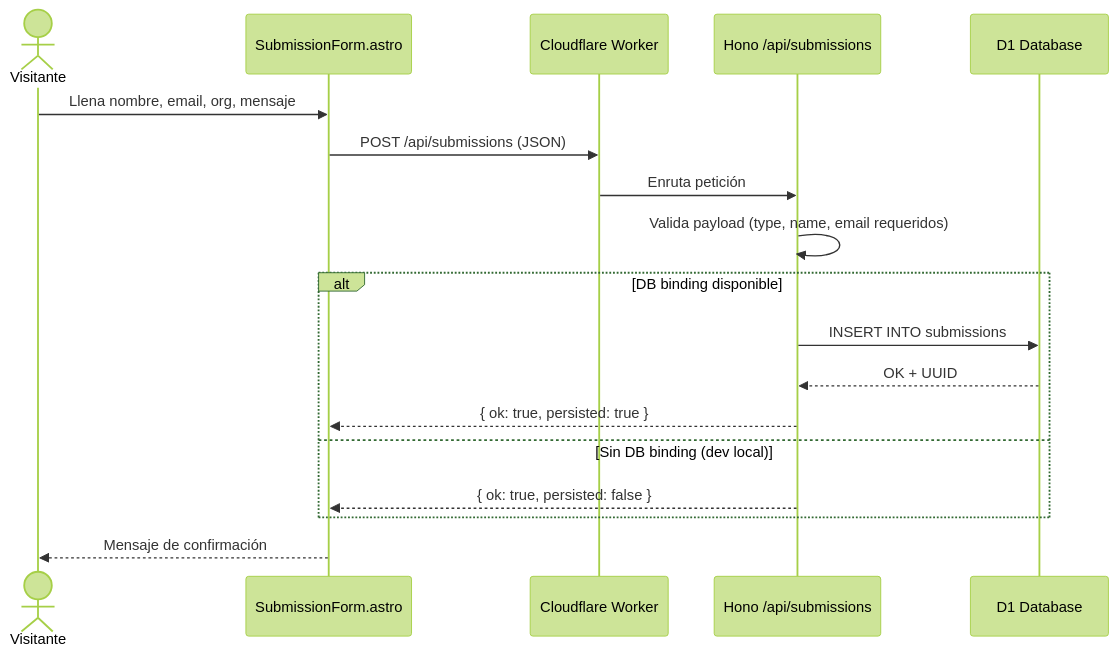
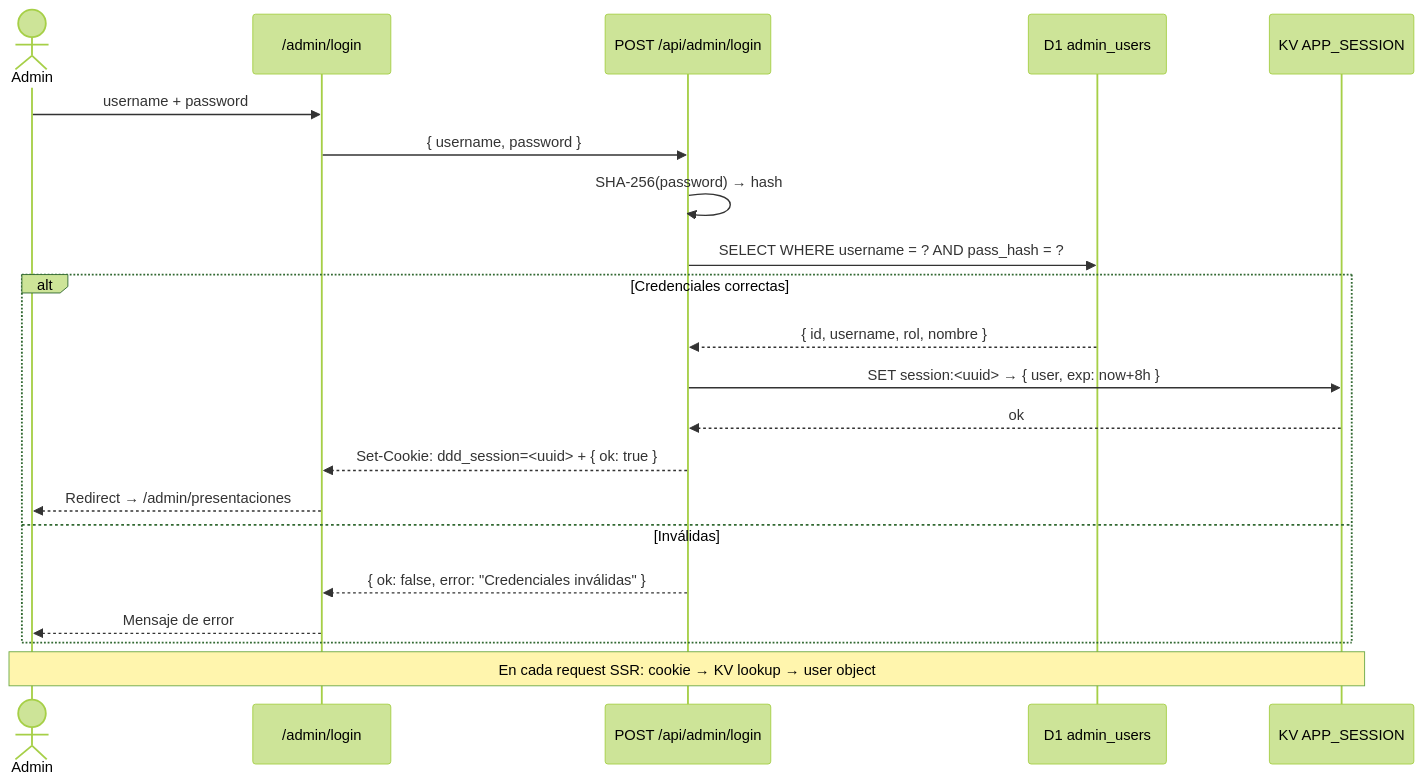
The fourth of 8 diagrams in README.md (badouintec/datadrivenday), drawn with Mermaid (forest theme) before and after one commit. The commit also changed other lines of this file and 2 other files, not shown here.

````diff
--- a/README.md
+++ b/README.md
@@ -123,21 +287,25 @@
 ```mermaid
 sequenceDiagram
-    actor Visitante
-    participant Form as SubmissionForm.astro
-    participant Worker as Cloudflare Worker
-    participant Hono as Hono /api/submissions
-    participant D1 as D1 Database
+    actor Admin
+    participant Login as /admin/login
+    participant Hono as POST /api/admin/login
+    participant D1 as D1 admin_users
+    participant KV as KV APP_SESSION
 
-    Visitante->>Form: Llena nombre, email, org, mensaje
-    Form->>Worker: POST /api/submissions (JSON)
-    Worker->>Hono: Enruta petición
-    Hono->>Hono: Valida payload (type, name, email requeridos)
-    alt DB binding disponible
-        Hono->>D1: INSERT INTO submissions
-        D1-->>Hono: OK + UUID
-        Hono-->>Form: { ok: true, persisted: true }
-    else Sin DB binding (dev local)
-        Hono-->>Form: { ok: true, persisted: false }
+    Admin->>Login: username + password
+    Login->>Hono: { username, password }
+    Hono->>Hono: SHA-256(password) → hash
+    Hono->>D1: SELECT WHERE username = ? AND pass_hash = ?
+    alt Credenciales correctas
+        D1-->>Hono: { id, username, rol, nombre }
+        Hono->>KV: SET session:<uuid> → { user, exp: now+8h }
+        KV-->>Hono: ok
+        Hono-->>Login: Set-Cookie: ddd_session=<uuid> + { ok: true }
+        Login-->>Admin: Redirect → /admin/presentaciones
+    else Inválidas
+        Hono-->>Login: { ok: false, error: "Credenciales inválidas" }
+        Login-->>Admin: Mensaje de error
     end
-    Form-->>Visitante: Mensaje de confirmación
+
+    Note over Admin,KV: En cada request SSR: cookie → KV lookup → user object
 ```
````
